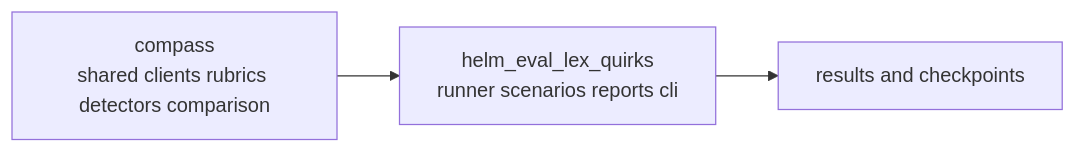
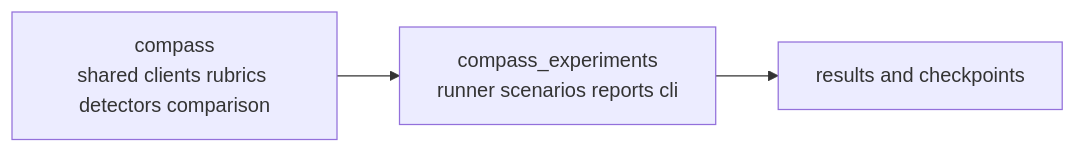
The first of 2 diagrams in ARCHITECTURE.md (prathibha-github/compass-experiments), drawn with Mermaid before and after one commit. The commit also changed other lines of this file and 50 other files, not shown here.

Commit message:
Rename experiment harness to Compass Experiments

````diff
--- a/ARCHITECTURE.md
+++ b/ARCHITECTURE.md
@@ -9,9 +9,9 @@
 ```mermaid
 flowchart LR
     Compass[compass<br/>shared clients rubrics detectors comparison]
-    Helm[helm_eval_lex_quirks<br/>runner scenarios reports cli]
+    Experiments[compass_experiments<br/>runner scenarios reports cli]
     Results[results and checkpoints]
 
-    Compass --> Helm
-    Helm --> Results
+    Compass --> Experiments
+    Experiments --> Results
 ```
````
